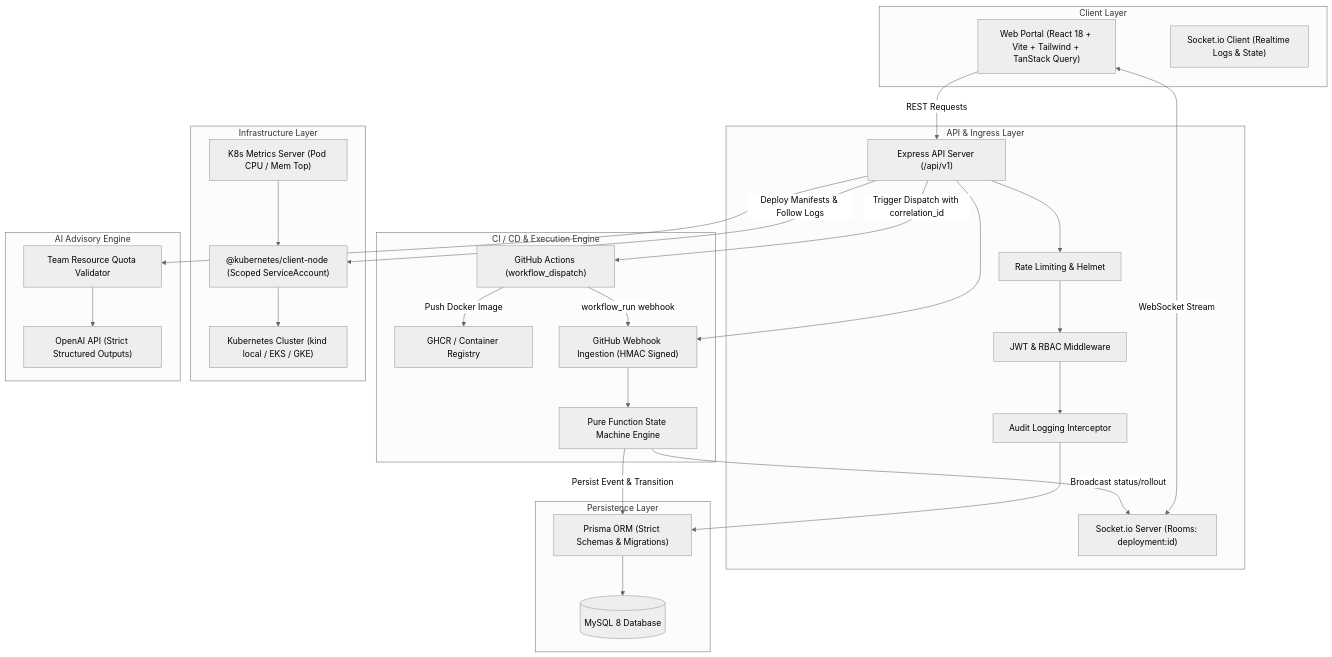
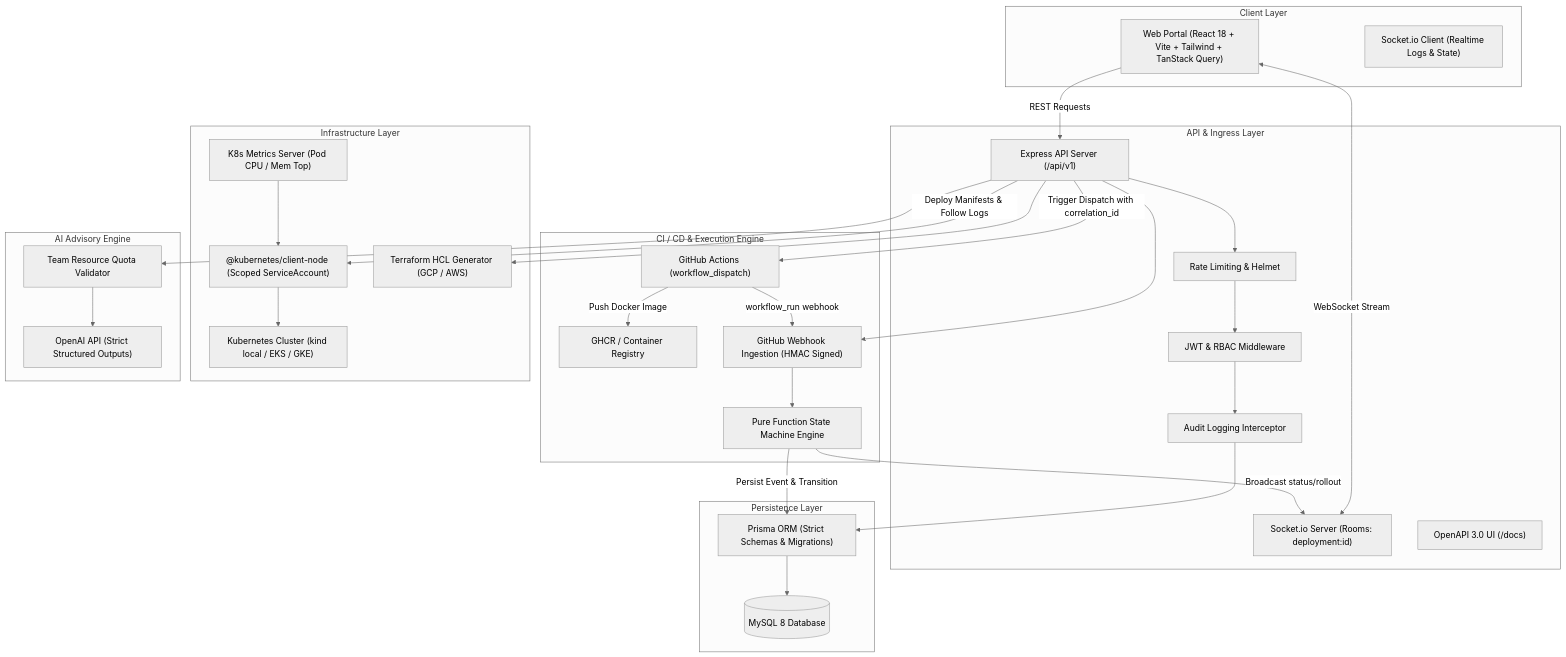
One commit to systemwithayush/IDP changed the diagram in README.md. Above: the diagram before and after it, drawn with Mermaid (neutral theme). The commit also changed other lines of this file and 14 other files, not shown here.

Commit message:
feat(terraform): hcl generator, golden path scaffolder, and demo walkthrough (phase-7)

````diff
--- a/README.md
+++ b/README.md
@@ -14,54 +16,57 @@
 ```mermaid
 flowchart TD
     subgraph Client ["Client Layer"]
         Web["Web Portal (React 18 + Vite + Tailwind + TanStack Query)"]
         SocketClient["Socket.io Client (Realtime Logs & State)"]
     end
 
     subgraph Gateway ["API & Ingress Layer"]
         API["Express API Server (/api/v1)"]
         AuthMid["JWT & RBAC Middleware"]
         AuditMid["Audit Logging Interceptor"]
         RateLimiter["Rate Limiting & Helmet"]
         WSServer["Socket.io Server (Rooms: deployment:id)"]
+        SwaggerDocs["OpenAPI 3.0 UI (/docs)"]
     end
 
     subgraph Persistence ["Persistence Layer"]
         MySQL[("MySQL 8 Database")]
         Prisma["Prisma ORM (Strict Schemas & Migrations)"]
     end
 
     subgraph CI_CD ["CI / CD & Execution Engine"]
         GH["GitHub Actions (workflow_dispatch)"]
         GHCR["GHCR / Container Registry"]
         WebhookHandler["GitHub Webhook Ingestion (HMAC Signed)"]
         StateMachine["Pure Function State Machine Engine"]
     end
 
     subgraph CloudInfra ["Infrastructure Layer"]
         K8s["Kubernetes Cluster (kind local / EKS / GKE)"]
         K8sClient["@kubernetes/client-node (Scoped ServiceAccount)"]
         MetricsServer["K8s Metrics Server (Pod CPU / Mem Top)"]
+        TerraformGen["Terraform HCL Generator (GCP / AWS)"]
     end
 
     subgraph Advisory ["AI Advisory Engine"]
         OpenAI["OpenAI API (Strict Structured Outputs)"]
         QuotaValidator["Team Resource Quota Validator"]
     end
 
     Web -->|REST Requests| API
     Web <-->|WebSocket Stream| WSServer
     API --> RateLimiter --> AuthMid --> AuditMid
     AuditMid --> Prisma --> MySQL
     API --> WebhookHandler
     WebhookHandler --> StateMachine
     StateMachine -->|Persist Event & Transition| Prisma
     StateMachine -->|Broadcast status/rollout| WSServer
     API -->|Trigger Dispatch with correlation_id| GH
     GH -->|Push Docker Image| GHCR
     GH -->|workflow_run webhook| WebhookHandler
     API -->|Deploy Manifests & Follow Logs| K8sClient
     K8sClient --> K8s
     MetricsServer --> K8sClient
     API --> QuotaValidator --> OpenAI
+    API --> TerraformGen
 ```
````
